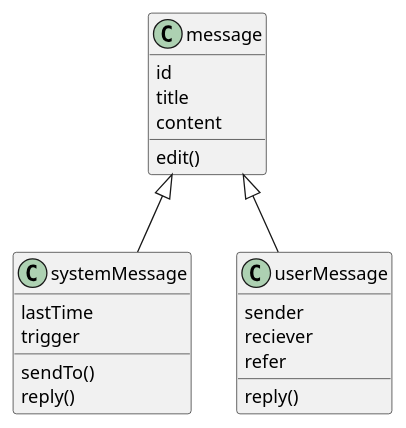
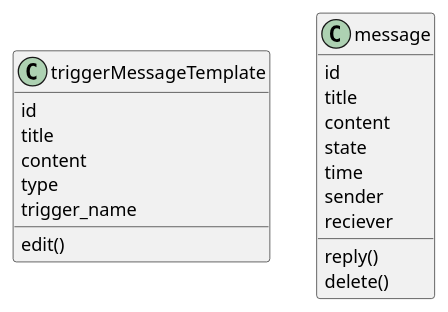
One commit to alwxkxk/akoa changed the diagram in doc/消息系统的设计.md. Above: the diagram before and after it, drawn with PlantUML. The commit also changed other lines of this file and 6 other files, not shown here.

````diff
--- a/doc/消息系统的设计.md
+++ b/doc/消息系统的设计.md
@@ -6,26 +6,24 @@
 ```puml
+class triggerMessageTemplate{
+  id
+  title
+  content
+  type
+  trigger_name
+  edit()
+}
+
 class message{
   id
   title
   content
-  edit()
+  state
+  time
+  sender
+  reciever
+  reply()
+  delete()
 }
 
-class systemMessage{
-  lastTime
-  trigger
-  sendTo()
-  reply()
-}
-
-class userMessage{
-  sender
-  reciever
-  refer
-  reply()
-}
-
-message <|-- systemMessage
-message <|-- userMessage
 
 ```
````
